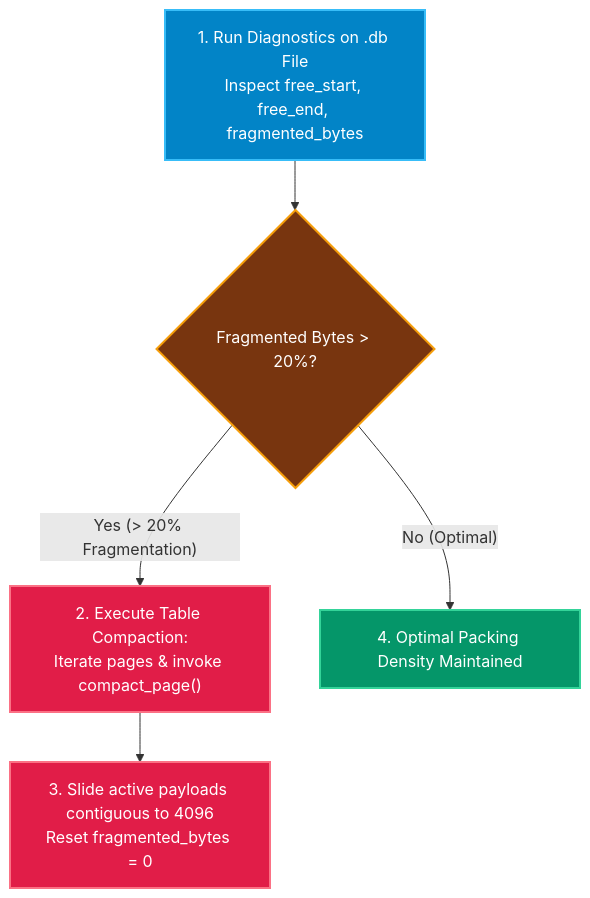
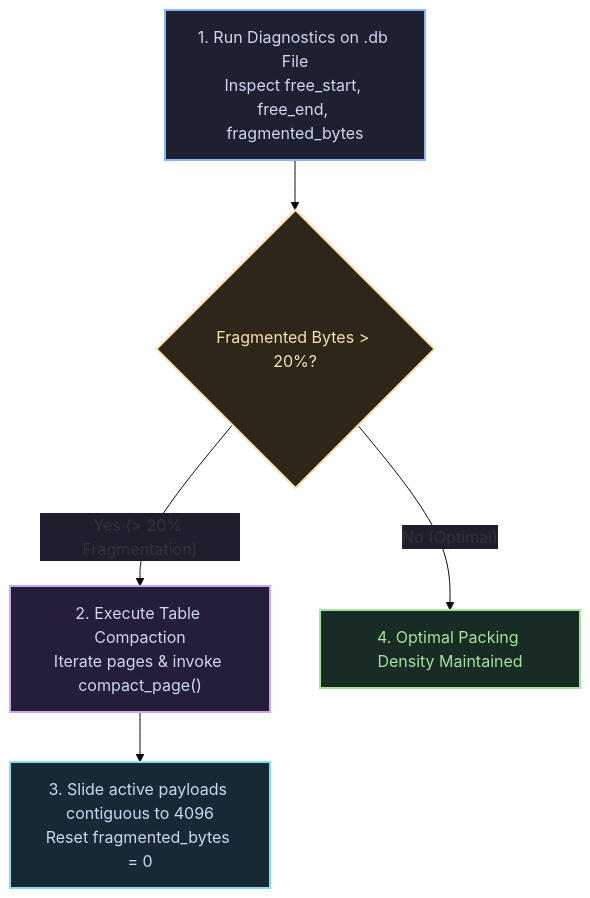
Before and after one commit to KAAZamapiloT/QUARTZ_DB: the diagram in docs/operations.md, drawn with Mermaid. The commit also changed 18 other files, not shown here.

````diff
--- a/docs/operations.md
+++ b/docs/operations.md
@@ -41,12 +41,15 @@
 ```mermaid
+%%{init: {'theme': 'base', 'themeVariables': {'edgeLabelBackground': '#1e1e2e', 'tertiaryTextColor': '#cdd6f4'}}}%%
 flowchart TD
-    classDef stepScan fill:#0284c7,stroke:#38bdf8,stroke-width:2px,color:#ffffff;
-    classDef stepCheck fill:#78350f,stroke:#f59e0b,stroke-width:2px,color:#ffffff;
-    classDef stepAct fill:#e11d48,stroke:#fb7185,stroke-width:2px,color:#ffffff;
-    classDef stepOk fill:#059669,stroke:#34d399,stroke-width:2px,color:#ffffff;
+    classDef entry fill:#1e2030,stroke:#89b4fa,stroke-width:2px,color:#cdd6f4;
+    classDef guard fill:#2e2619,stroke:#f9e2af,stroke-width:2px,color:#f9e2af;
+    classDef success fill:#182c25,stroke:#a6e3a1,stroke-width:2px,color:#a6e3a1;
+    classDef error fill:#331c24,stroke:#f38ba8,stroke-width:2px,color:#f38ba8;
+    classDef disk fill:#241e38,stroke:#cba6f7,stroke-width:2px,color:#cdd6f4;
+    classDef shared fill:#162a35,stroke:#89dceb,stroke-width:2px,color:#cdd6f4;
 
-    Scan["1. Run Diagnostics on .db File<br>Inspect free_start, free_end, fragmented_bytes"]:::stepScan --> CheckFrag{"Fragmented Bytes &gt; 20%?"}:::stepCheck
-    CheckFrag -- "Yes (&gt; 20% Fragmentation)" --> Compact["2. Execute Table Compaction:<br>Iterate pages &amp; invoke compact_page()"]:::stepAct
-    Compact --> Reclaim["3. Slide active payloads contiguous to 4096<br>Reset fragmented_bytes = 0"]:::stepAct
-    CheckFrag -- "No (Optimal)" --> OK["4. Optimal Packing Density Maintained"]:::stepOk
+    Scan["1. Run Diagnostics on .db File<br/>Inspect free_start, free_end, fragmented_bytes"]:::entry --> CheckFrag{"Fragmented Bytes &gt; 20%?"}:::guard
+    CheckFrag -- "Yes (&gt; 20% Fragmentation)" --> Compact["2. Execute Table Compaction<br/>Iterate pages &amp; invoke compact_page()"]:::disk
+    Compact --> Reclaim["3. Slide active payloads contiguous to 4096<br/>Reset fragmented_bytes = 0"]:::shared
+    CheckFrag -- "No (Optimal)" --> OK["4. Optimal Packing Density Maintained"]:::success
 ```
````
